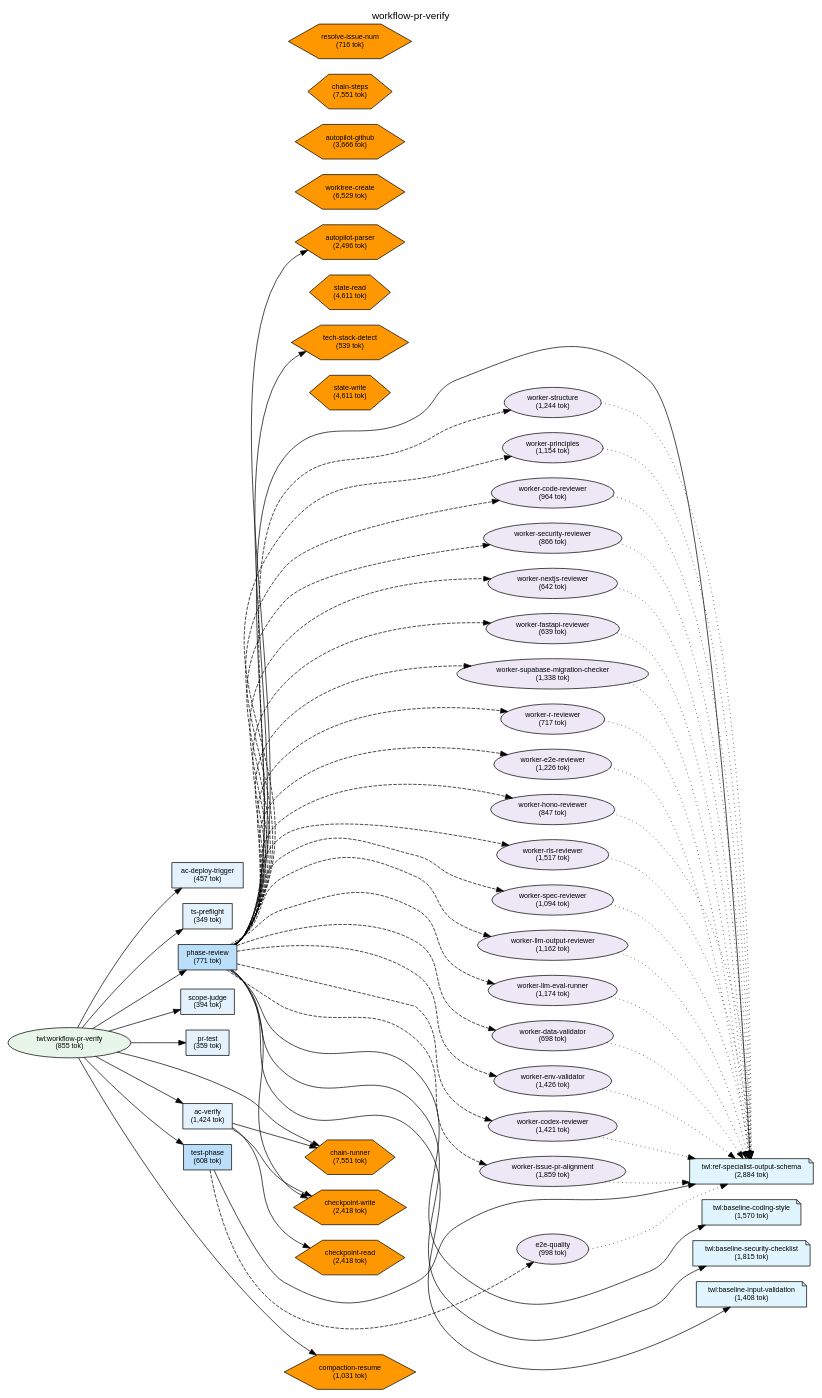
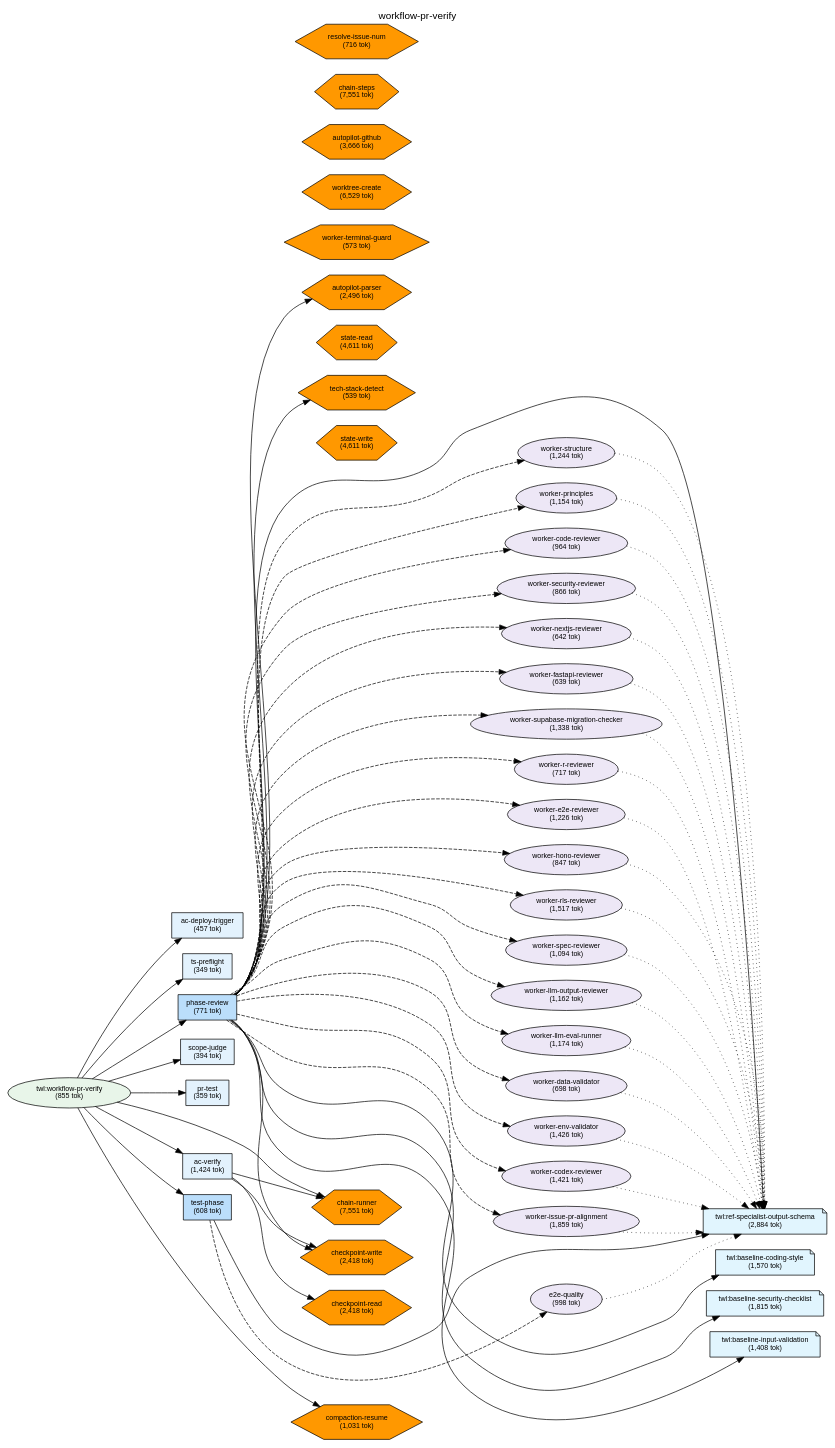
One commit to shuu5/twill changed the diagram in plugins/twl/docs/deps-workflow-pr-verify.dot. Above: the diagram before and after it, drawn with Graphviz. The commit also changed 19 other files, not shown here.

```diff
--- a/plugins/twl/docs/deps-workflow-pr-verify.dot
+++ b/plugins/twl/docs/deps-workflow-pr-verify.dot
@@ -61,6 +61,7 @@
     script_tech_stack_detect [label="tech-stack-detect\n(539 tok)", shape=hexagon, style=filled, fillcolor="#FF9800"];
     script_autopilot_parser [label="autopilot-parser\n(2,496 tok)", shape=hexagon, style=filled, fillcolor="#FF9800"];
     script_chain_runner [label="chain-runner\n(7,551 tok)", shape=hexagon, style=filled, fillcolor="#FF9800"];
+    script_worker_terminal_guard [label="worker-terminal-guard\n(573 tok)", shape=hexagon, style=filled, fillcolor="#FF9800"];
     script_worktree_create [label="worktree-create\n(6,529 tok)", shape=hexagon, style=filled, fillcolor="#FF9800"];
     script_autopilot_github [label="autopilot-github\n(3,666 tok)", shape=hexagon, style=filled, fillcolor="#FF9800"];
     script_chain_steps [label="chain-steps\n(7,551 tok)", shape=hexagon, style=filled, fillcolor="#FF9800"];
@@ -76,7 +77,7 @@
     { rank=same; skill_ref_specialist_output_schema; skill_baseline_coding_style; skill_baseline_security_checklist; skill_baseline_input_validation; }
     { rank=same; cmd_ts_preflight; cmd_scope_judge; cmd_pr_test; cmd_ac_verify; cmd_phase_review; cmd_ac_deploy_trigger; cmd_test_phase; }
     { rank=same; agent_worker_structure; agent_worker_principles; agent_worker_env_validator; agent_worker_rls_reviewer; agent_worker_supabase_migration_checker; agent_worker_data_validator; agent_worker_e2e_reviewer; agent_worker_spec_reviewer; agent_worker_codex_reviewer; agent_worker_code_reviewer; agent_worker_security_reviewer; agent_worker_nextjs_reviewer; agent_worker_fastapi_reviewer; agent_worker_hono_reviewer; agent_worker_r_reviewer; agent_worker_issue_pr_alignment; agent_worker_llm_output_reviewer; agent_worker_llm_eval_runner; agent_e2e_quality; }
-    { rank=same; script_state_read; script_state_write; script_tech_stack_detect; script_autopilot_parser; script_chain_runner; script_worktree_create; script_autopilot_github; script_chain_steps; script_compaction_resume; script_resolve_issue_num; script_checkpoint_write; script_checkpoint_read; }
+    { rank=same; script_state_read; script_state_write; script_tech_stack_detect; script_autopilot_parser; script_chain_runner; script_worker_terminal_guard; script_worktree_create; script_autopilot_github; script_chain_steps; script_compaction_resume; script_resolve_issue_num; script_checkpoint_write; script_checkpoint_read; }
 
     // Edges
     skill_workflow_pr_verify -> cmd_ac_deploy_trigger;
```
